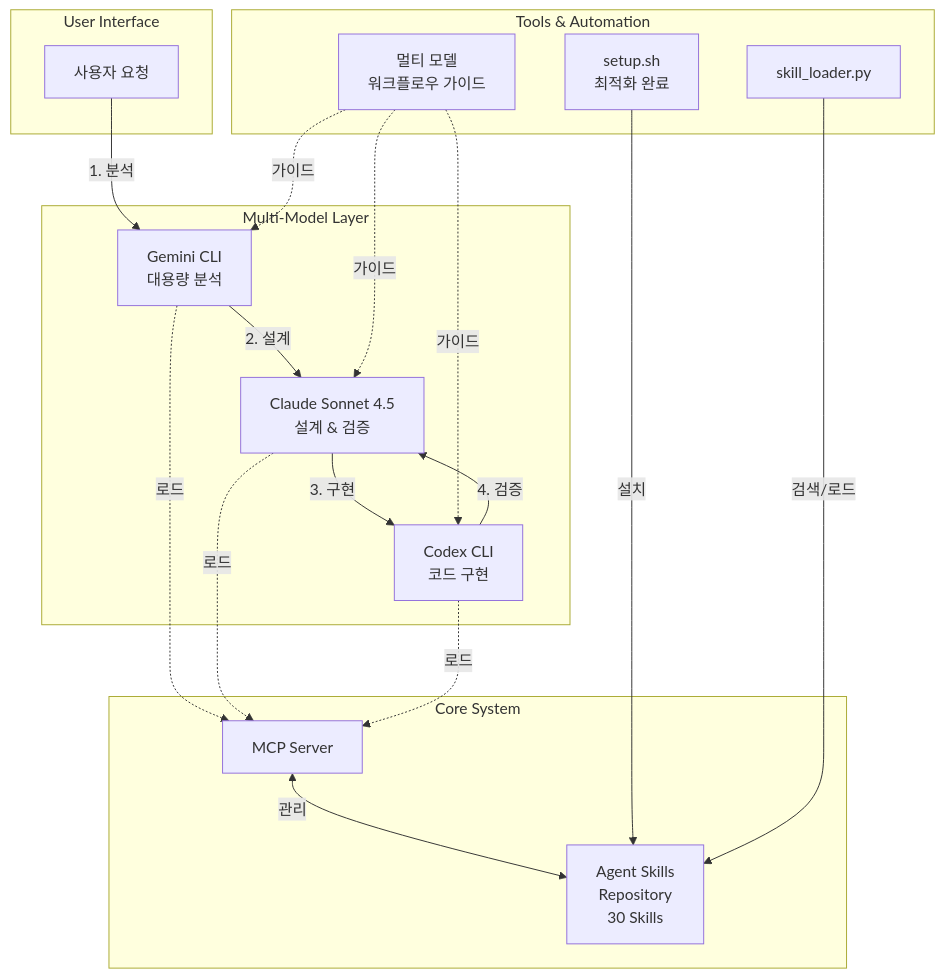
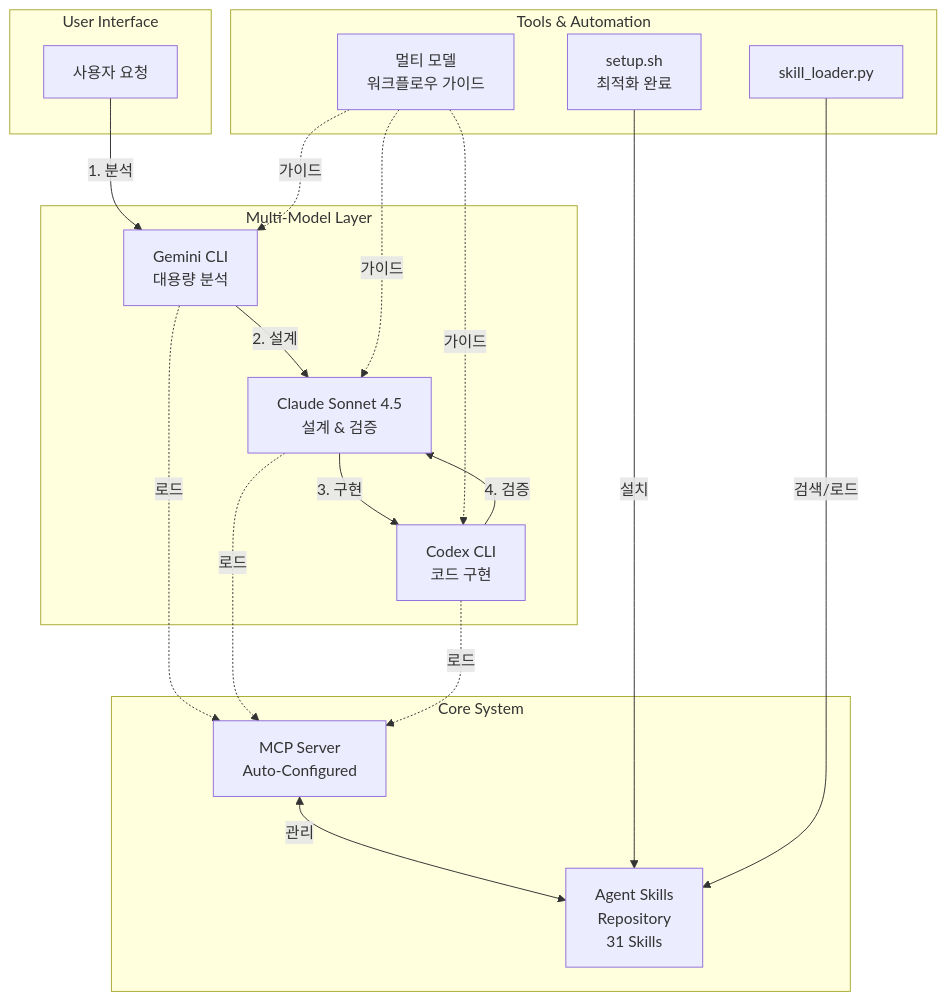
Before and after one commit to akillness/skills-template: the diagram in README.md, drawn with Mermaid. The commit also changed other lines of this file, not shown here.

Commit message:
Update README with 31 skills, MCP auto-setup, and multi-agent workflow

````diff
--- a/README.md
+++ b/README.md
@@ -43,39 +46,39 @@
 ```mermaid
 graph TB
     subgraph "User Interface"
         A[사용자 요청]
     end
 
     subgraph "Multi-Model Layer"
         B[Gemini CLI<br/>대용량 분석]
         C[Claude Sonnet 4.5<br/>설계 & 검증]
         D[Codex CLI<br/>코드 구현]
     end
 
     subgraph "Core System"
-        E[MCP Server]
-        F[Agent Skills<br/>Repository<br/>30 Skills]
+        E[MCP Server<br/>Auto-Configured]
+        F[Agent Skills<br/>Repository<br/>31 Skills]
     end
 
     subgraph "Tools & Automation"
         G[setup.sh<br/>최적화 완료]
         H[skill_loader.py]
         I[멀티 모델<br/>워크플로우 가이드]
     end
 
     A -->|1. 분석| B
     B -->|2. 설계| C
     C -->|3. 구현| D
     D -->|4. 검증| C
 
     B -.->|로드| E
     C -.->|로드| E
     D -.->|로드| E
 
     E <-->|관리| F
     G -->|설치| F
     H -->|검색/로드| F
     I -.->|가이드| B
     I -.->|가이드| C
     I -.->|가이드| D
 ```
````
